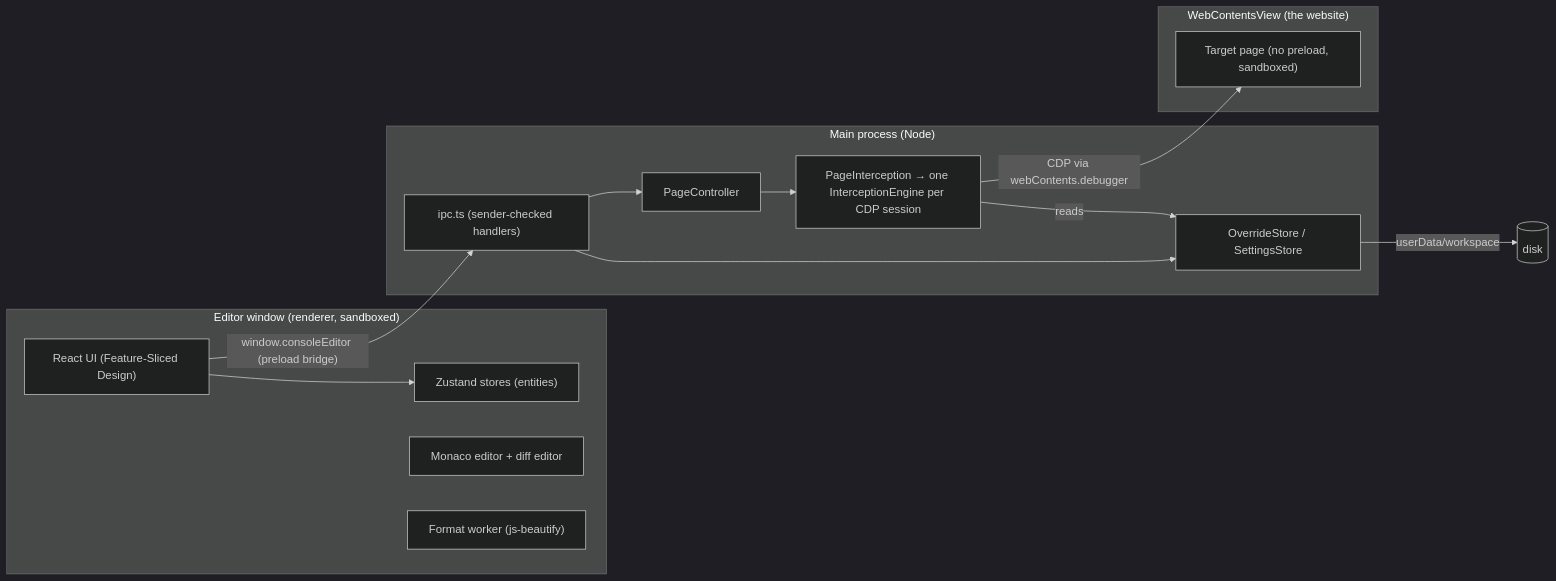
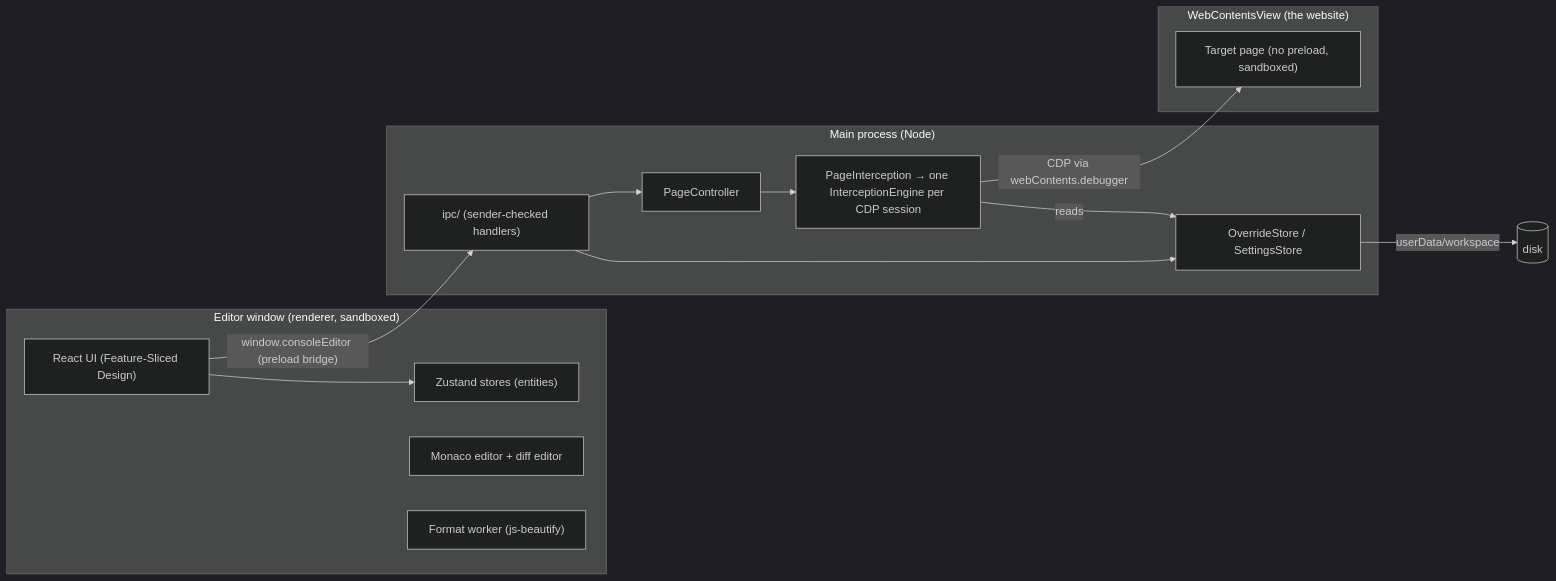
One commit to olehwebdev/console-editor changed the diagram in docs/SPEC.md. Above: the diagram before and after it, drawn with Mermaid (dark theme). The commit also changed other lines of this file and 8 other files, not shown here.

````diff
--- a/docs/SPEC.md
+++ b/docs/SPEC.md
@@ -39,26 +39,26 @@
 ```mermaid
 flowchart LR
   subgraph Renderer["Editor window (renderer, sandboxed)"]
     UI["React UI (Feature-Sliced Design)"]
     State["Zustand stores (entities)"]
     Monaco["Monaco editor + diff editor"]
     Fmt["Format worker (js-beautify)"]
   end
   subgraph Main["Main process (Node)"]
-    IPC["ipc.ts (sender-checked handlers)"]
+    IPC["ipc/ (sender-checked handlers)"]
     PC["PageController"]
     Engine["PageInterception → one InterceptionEngine per CDP session"]
     Store["OverrideStore / SettingsStore"]
   end
   subgraph View["WebContentsView (the website)"]
     Site["Target page (no preload, sandboxed)"]
   end
   UI --> State
   UI -- "window.consoleEditor (preload bridge)" --> IPC
   IPC --> PC
   IPC --> Store
   PC --> Engine
   Engine -- "CDP via webContents.debugger" --> Site
   Engine -- reads --> Store
   Store -- "userData/workspace" --> Disk[(disk)]
 ```
````
